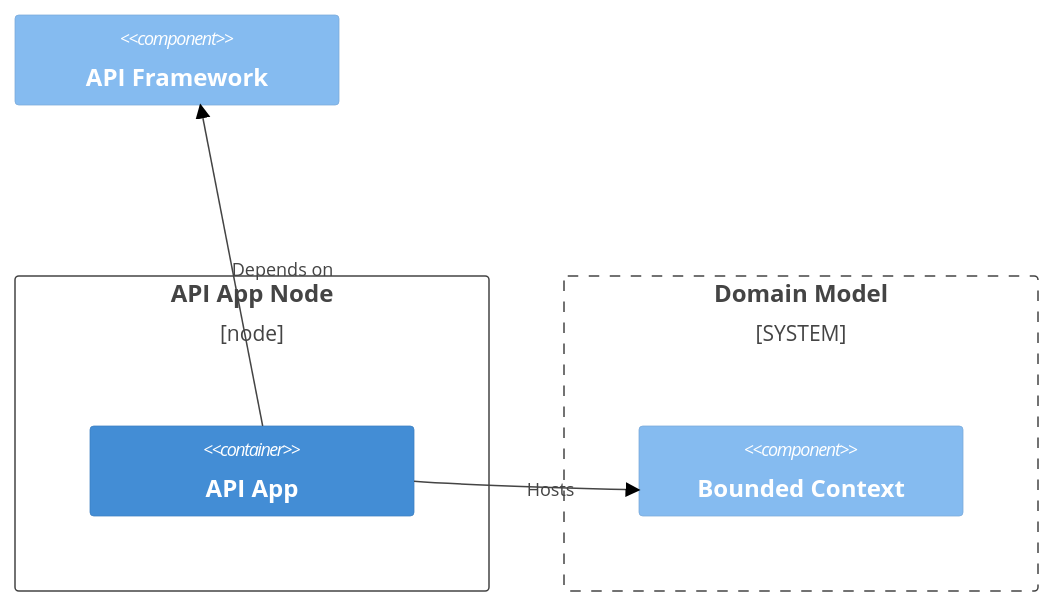
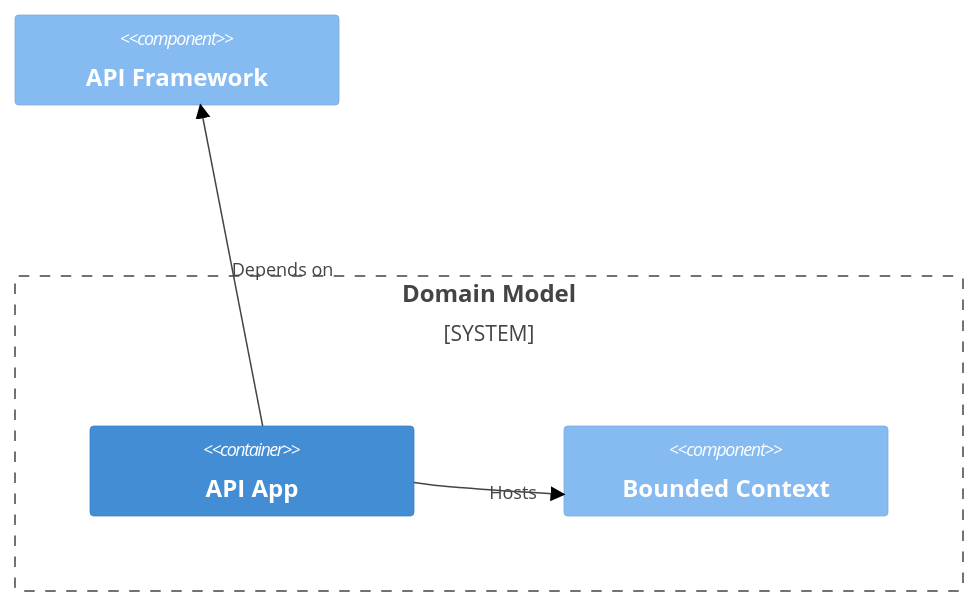
Before and after one commit to gyuwon/ArchitecturalRunwayGuidelines: diagram 11 of 27 in README.md, drawn with Mermaid (neutral theme). The commit also changed other lines of this file, not shown here.

Commit message:
Bounded Context 호스팅 다이어그램 수정

````diff
--- a/README.md
+++ b/README.md
@@ -390,18 +390,13 @@
 ```mermaid
 C4Context
 
-Deployment_Node(an, "API App Node") {
-  Container(a, "API App")
-}
+Component(f, "API Framework")
 
 System_Boundary(dmb, "Domain Model") {
+  Container(a, "API App")
   Component(bc, "Bounded Context")
 }
-
-Component(f, "API Framework")
-
-UpdateLayoutConfig($c4ShapeInRow="2")
 
 Rel(a, f, "Depends on")
 Rel(a, bc, "Hosts")
 ```
````
